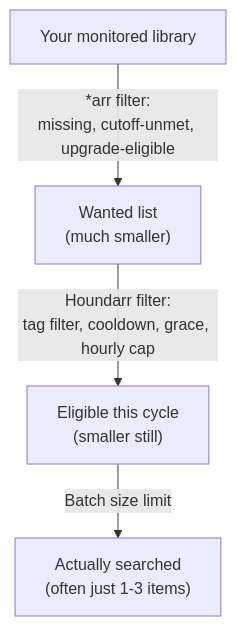
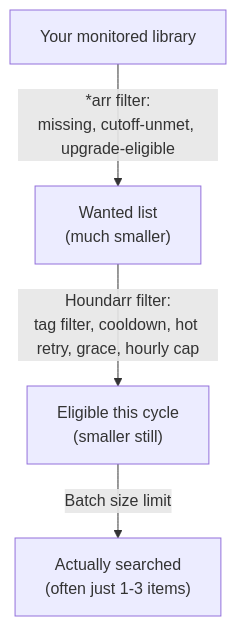
Before and after one commit to av1155/houndarr: the second of 2 diagrams in website/docs/concepts/how-scheduling-works.md, drawn with Mermaid. The commit also changed other lines of this file and 42 other files, not shown here.

First line of the commit message:
[#630] feat: hot retry window after post-release grace (#643)

````diff
--- a/website/docs/concepts/how-scheduling-works.md
+++ b/website/docs/concepts/how-scheduling-works.md
@@ -63,10 +63,10 @@
 ```mermaid
 flowchart TD
     A["Your monitored library"]
     B["Wanted list<br/>(much smaller)"]
     C["Eligible this cycle<br/>(smaller still)"]
     D["Actually searched<br/>(often just 1-3 items)"]
     A -->|"*arr filter:<br/>missing, cutoff-unmet, upgrade-eligible"| B
-    B -->|"Houndarr filter:<br/>tag filter, cooldown, grace, hourly cap"| C
+    B -->|"Houndarr filter:<br/>tag filter, cooldown, hot retry, grace, hourly cap"| C
     C -->|"Batch size limit"| D
 ```
````
